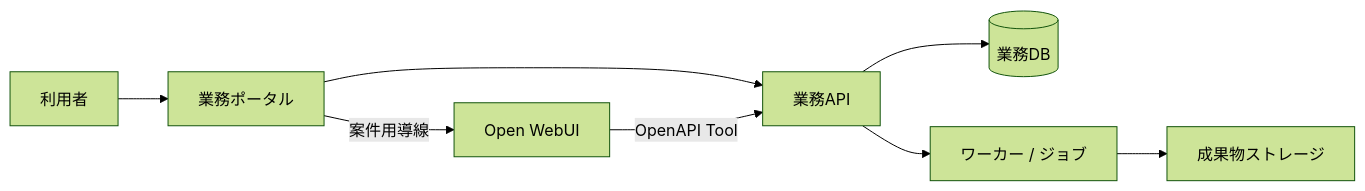
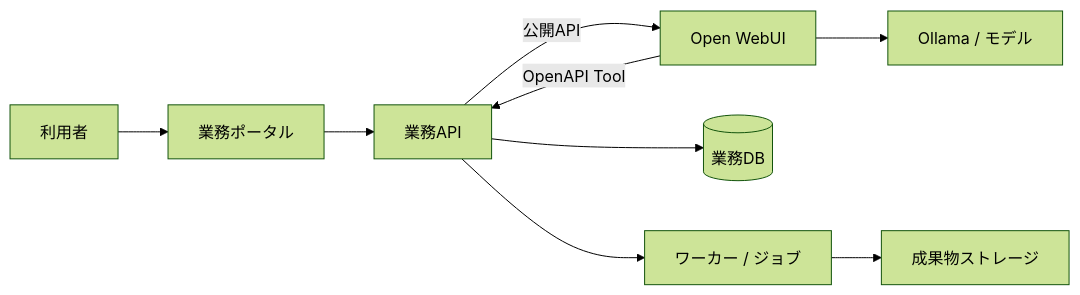
One commit to masatotanaka1245/webui_2 changed the diagram in readme.md. Above: the diagram before and after it, drawn with Mermaid (forest theme). The commit also changed other lines of this file and 1 other file, not shown here.

Commit message:
docs: redesign P0 around portal-managed Open WebUI chats

````diff
--- a/readme.md
+++ b/readme.md
@@ -18,10 +20,11 @@
 ```mermaid
 flowchart LR
     U[利用者] --> P[業務ポータル]
     P --> A[業務API]
-    P -->|案件用導線| OW[Open WebUI]
+    A -->|公開API| OW[Open WebUI]
     OW -->|OpenAPI Tool| A
     A --> DB[(業務DB)]
     A --> J[ワーカー / ジョブ]
     J --> S[成果物ストレージ]
+    OW --> O[Ollama / モデル]
 ```
````
